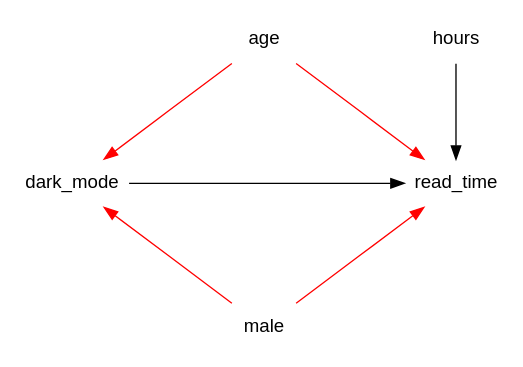
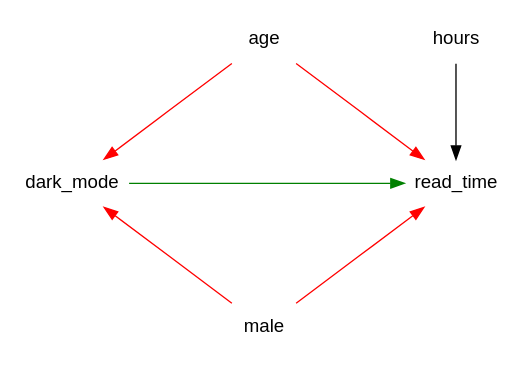
One commit to mca91/kasa_book changed the second of 2 diagrams in Matching.qmd. Above: the diagram before and after it, drawn with Graphviz. The commit also changed other lines of this file and 145 other files, not shown here.

````diff
--- a/Matching.qmd
+++ b/Matching.qmd
@@ -98,25 +260,25 @@
 ```{dot}
 //| fig-width: 4
 //| fig-height: 3
 //| fig-align: 'center'
 //| fig-cap: "Vermuteter DGP im Website-Design-Bespiel"
 //| label: "fig-CDdarkmode" 
 digraph {
   layout=neato
   fontname="Helvetica,Arial,sans-serif"
   node [fontname="Helvetica,Arial,sans-serif"]
   edge [fontname="Helvetica,Arial,sans-serif"]
   node [shape=none];
   "read_time" [pos="4,0.5!"]
   "dark_mode" [pos="0,0.5!"]
   "male" [pos="2,-1!"]
   "age" [pos="2,2!"]
   "hours" [pos="4,2!"]
   "hours" -> "read_time"
   "age" -> "dark_mode" [color="red"]
   "age" -> "read_time" [color="red"]
-  "dark_mode" -> "read_time"
+  "dark_mode" -> "read_time" [color="green"]
   "male" -> "dark_mode" [color="red"]
   "male" -> "read_time" [color="red"]
 }
 ```
````
